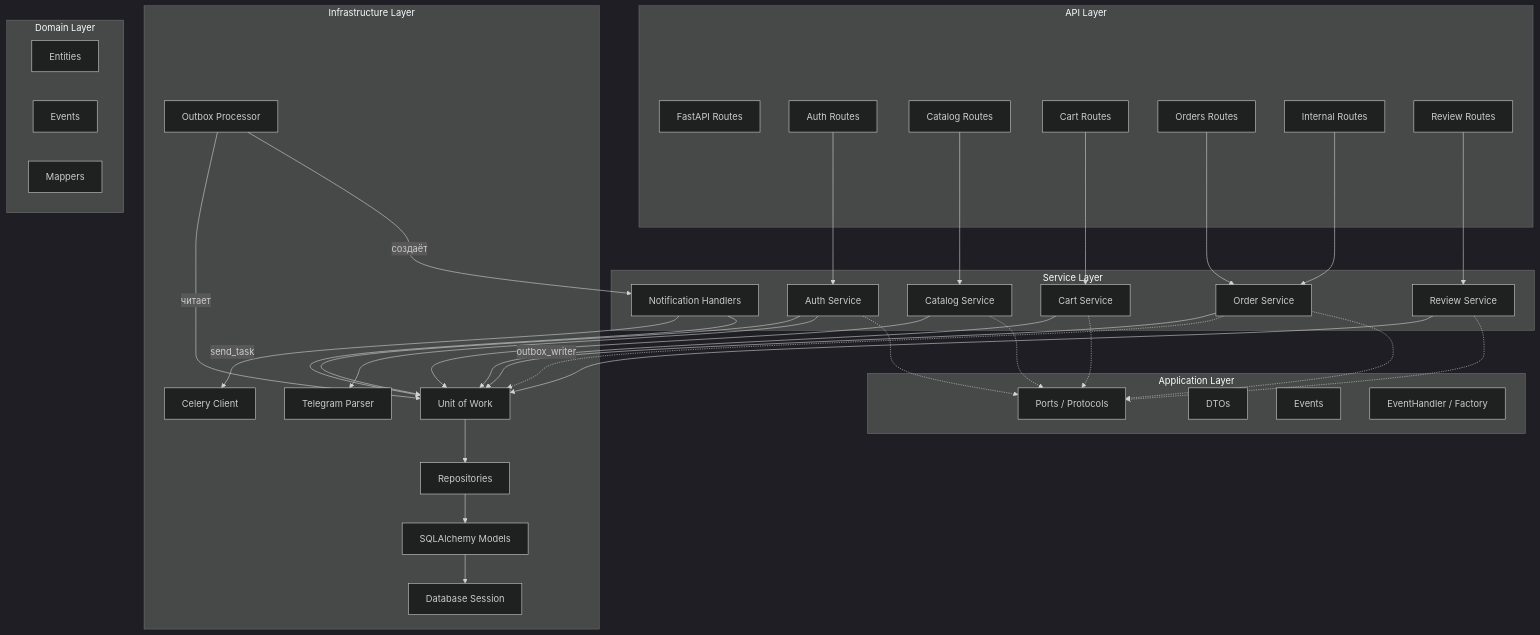
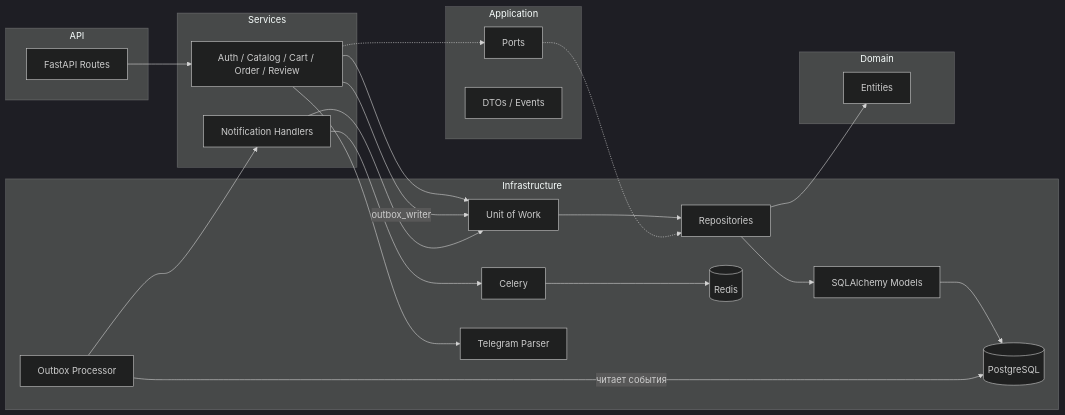
One commit to Mist3s/leaf-flow changed the diagram in README.md. Above: the diagram before and after it, drawn with Mermaid (dark theme).

Commit message:
refactor: update README.md

````diff
--- a/README.md
+++ b/README.md
@@ -99,85 +99,49 @@
 ```mermaid
-graph TB
-    subgraph "API Layer"
-        A[FastAPI Routes]
-        A1[Auth Routes]
-        A2[Catalog Routes]
-        A3[Cart Routes]
-        A4[Orders Routes]
-        A5[Internal Routes]
-        A6[Review Routes]
+graph LR
+    subgraph API
+        Routes[FastAPI Routes]
     end
 
-    subgraph "Service Layer"
-        C1[Auth Service]
-        C2[Catalog Service]
-        C3[Cart Service]
-        C4[Order Service]
-        C5[Review Service]
-        C6[Notification Handlers]
+    subgraph Services
+        SVC[Auth / Catalog / Cart / Order / Review]
+        HANDLERS[Notification Handlers]
     end
 
-    subgraph "Application Layer"
-        P1[Ports / Protocols]
-        P2[DTOs]
-        P3[Events]
-        P4[EventHandler / Factory]
+    subgraph Application
+        PORTS[Ports]
+        DTO[DTOs / Events]
     end
 
-    subgraph "Infrastructure Layer"
-        D[Unit of Work]
-        E[Repositories]
-        F[SQLAlchemy Models]
-        G[Database Session]
-        OUT[Outbox Processor]
-        CEL[Celery Client]
-        TEL[Telegram Parser]
+    subgraph Infrastructure
+        UOW[Unit of Work]
+        REPO[Repositories]
+        MODELS[SQLAlchemy Models]
+        DB[(PostgreSQL)]
+        OUTBOX[Outbox Processor]
+        CELERY[Celery]
+        REDIS[(Redis)]
+        TELEGRAM[Telegram Parser]
     end
 
-    subgraph "Domain Layer"
-        J[Entities]
-        K[Events]
-        M[Mappers]
+    subgraph Domain
+        ENTITIES[Entities]
     end
 
-    %% API -> Services
-    A1 --> C1
-    A2 --> C2
-    A3 --> C3
-    A4 --> C4
-    A5 --> C4
-    A6 --> C5
+    Routes --> SVC
+    SVC --> UOW
+    UOW --> REPO
+    REPO --> MODELS
+    MODELS --> DB
+    REPO --> ENTITIES
+    SVC -.-> PORTS
+    PORTS -.-> REPO
 
-    %% Services -> UoW
-    C1 --> D
-    C2 --> D
-    C3 --> D
-    C4 --> D
-    C5 --> D
+    SVC -->|outbox_writer| UOW
+    OUTBOX -->|читает события| DB
+    OUTBOX --> HANDLERS
+    HANDLERS --> UOW
+    HANDLERS --> CELERY
+    CELERY --> REDIS
 
-    %% Auth Service -> Telegram Parser
-    C1 --> TEL
-
-    %% UoW -> Repositories
-    D --> E
-    E --> F
-    F --> G
-
-    %% Order Service -> Outbox (через UoW)
-    C4 -.->|outbox_writer| D
-
-    %% Outbox Processor
-    OUT -->|читает| D
-    OUT -->|создаёт| C6
-    C6 -->|send_task| CEL
-
-    %% Notification Handlers -> UoW (подгрузка user)
-    C6 --> D
-
-    %% Services -> Ports
-    C1 -.-> P1
-    C2 -.-> P1
-    C3 -.-> P1
-    C4 -.-> P1
-    C5 -.-> P1
+    SVC --> TELEGRAM
 ```
````
